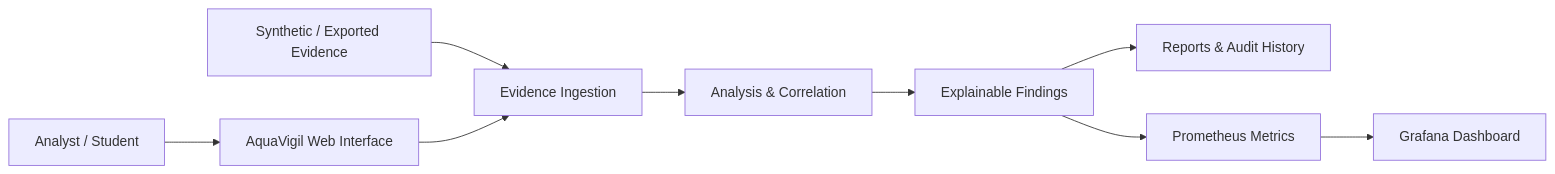
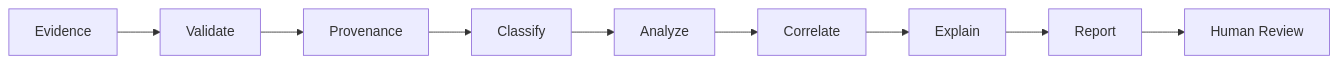
Before and after one commit to HaziqBinAfzal/AquaVigil: the first of 8 diagrams in README.md, drawn with Mermaid. The commit also changed other lines of this file, not shown here.

````diff
--- a/README.md
+++ b/README.md
@@ -249,21 +91,11 @@
 ```mermaid
 flowchart LR
-    USER["Analyst / Student"]
-    DATA["Synthetic / Exported Evidence"]
-    UI["AquaVigil Web Interface"]
-    INGEST["Evidence Ingestion"]
-    ANALYSIS["Analysis & Correlation"]
-    FINDINGS["Explainable Findings"]
-    REPORTS["Reports & Audit History"]
-    METRICS["Prometheus Metrics"]
-    GRAFANA["Grafana Dashboard"]
-
-    USER --> UI
-    DATA --> INGEST
-    UI --> INGEST
-    INGEST --> ANALYSIS
-    ANALYSIS --> FINDINGS
-    FINDINGS --> REPORTS
-    FINDINGS --> METRICS
-    METRICS --> GRAFANA
+    A["Evidence"] --> B["Validate"]
+    B --> C["Provenance"]
+    C --> D["Classify"]
+    D --> E["Analyze"]
+    E --> F["Correlate"]
+    F --> G["Explain"]
+    G --> H["Report"]
+    H --> I["Human Review"]
 ```
````
